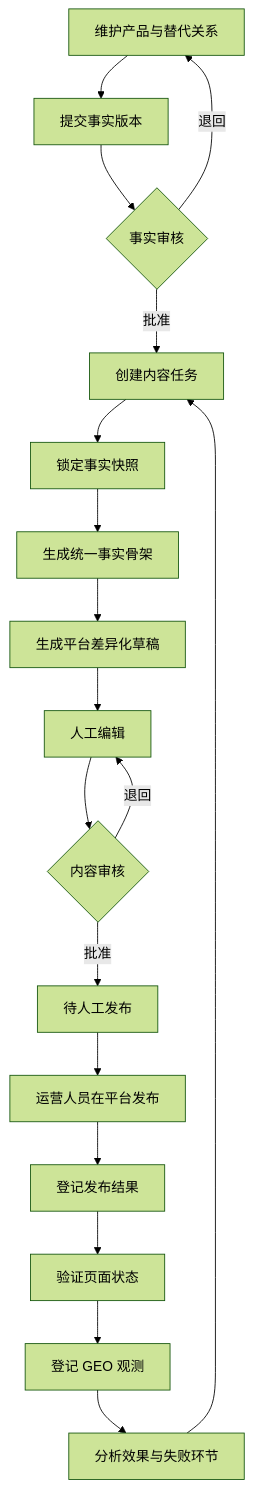
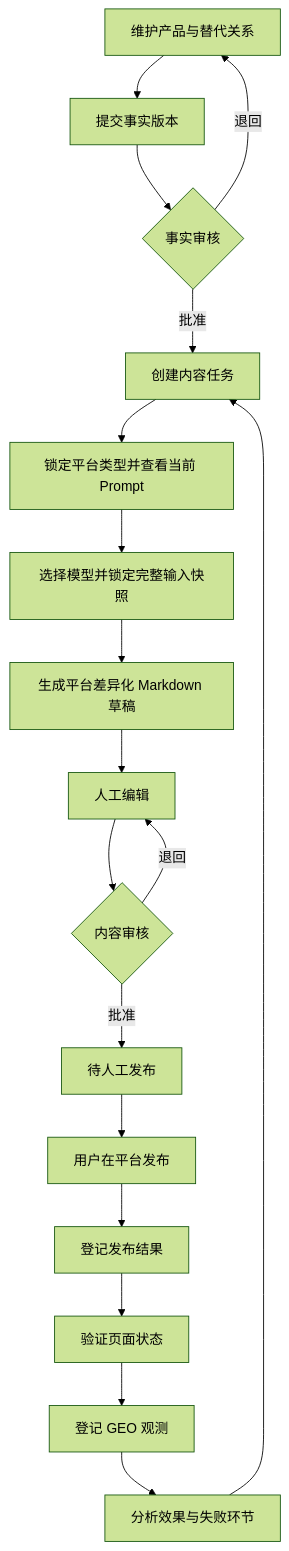
The first of 4 diagrams in docs/GEO多平台内容运营系统方案设计.md (ccisnoxx/partsignal), drawn with Mermaid (forest theme) before and after one commit. The commit also changed other lines of this file and 56 other files, not shown here.

````diff
--- a/docs/GEO多平台内容运营系统方案设计.md
+++ b/docs/GEO多平台内容运营系统方案设计.md
@@ -101,20 +139,20 @@
 ```mermaid
 flowchart TD
     A[维护产品与替代关系] --> B[提交事实版本]
     B --> C{事实审核}
     C -->|退回| A
     C -->|批准| D[创建内容任务]
-    D --> E[锁定事实快照]
-    E --> F[生成统一事实骨架]
-    F --> G[生成平台差异化草稿]
+    D --> E[锁定平台类型并查看当前 Prompt]
+    E --> F[选择模型并锁定完整输入快照]
+    F --> G[生成平台差异化 Markdown 草稿]
     G --> H[人工编辑]
     H --> I{内容审核}
     I -->|退回| H
     I -->|批准| J[待人工发布]
-    J --> K[运营人员在平台发布]
+    J --> K[用户在平台发布]
     K --> L[登记发布结果]
     L --> M[验证页面状态]
     M --> N[登记 GEO 观测]
     N --> O[分析效果与失败环节]
     O --> D
 ```
````
